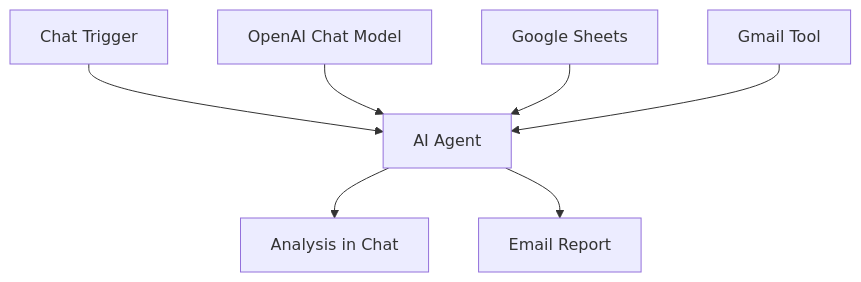
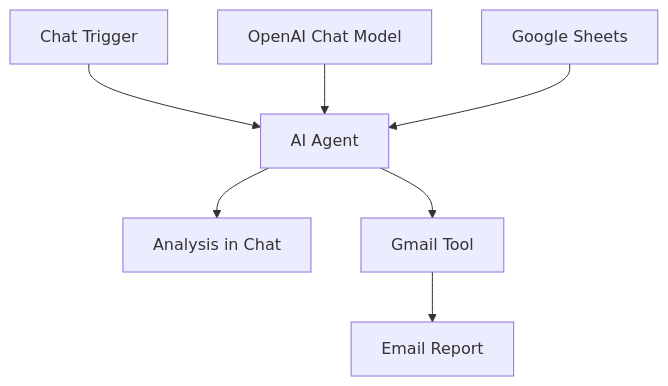
The diagram in README.md (neill-dev/sales-data-analyst-ai-agent), drawn with Mermaid before and after one commit. The commit also changed other lines of this file, not shown here.

````diff
--- a/README.md
+++ b/README.md
@@ -39,9 +46,9 @@
 ```mermaid
 flowchart TD
     A["Chat Trigger"] --> B["AI Agent"]
     C["OpenAI Chat Model"] --> B
     D["Google Sheets"] --> B
-    E["Gmail Tool"] --> B
-    B --> F["Analysis in Chat"]
-    B --> G["Email Report"]
+    B --> E["Analysis in Chat"]
+    B --> F["Gmail Tool"]
+    F --> G["Email Report"]
 ```
````
